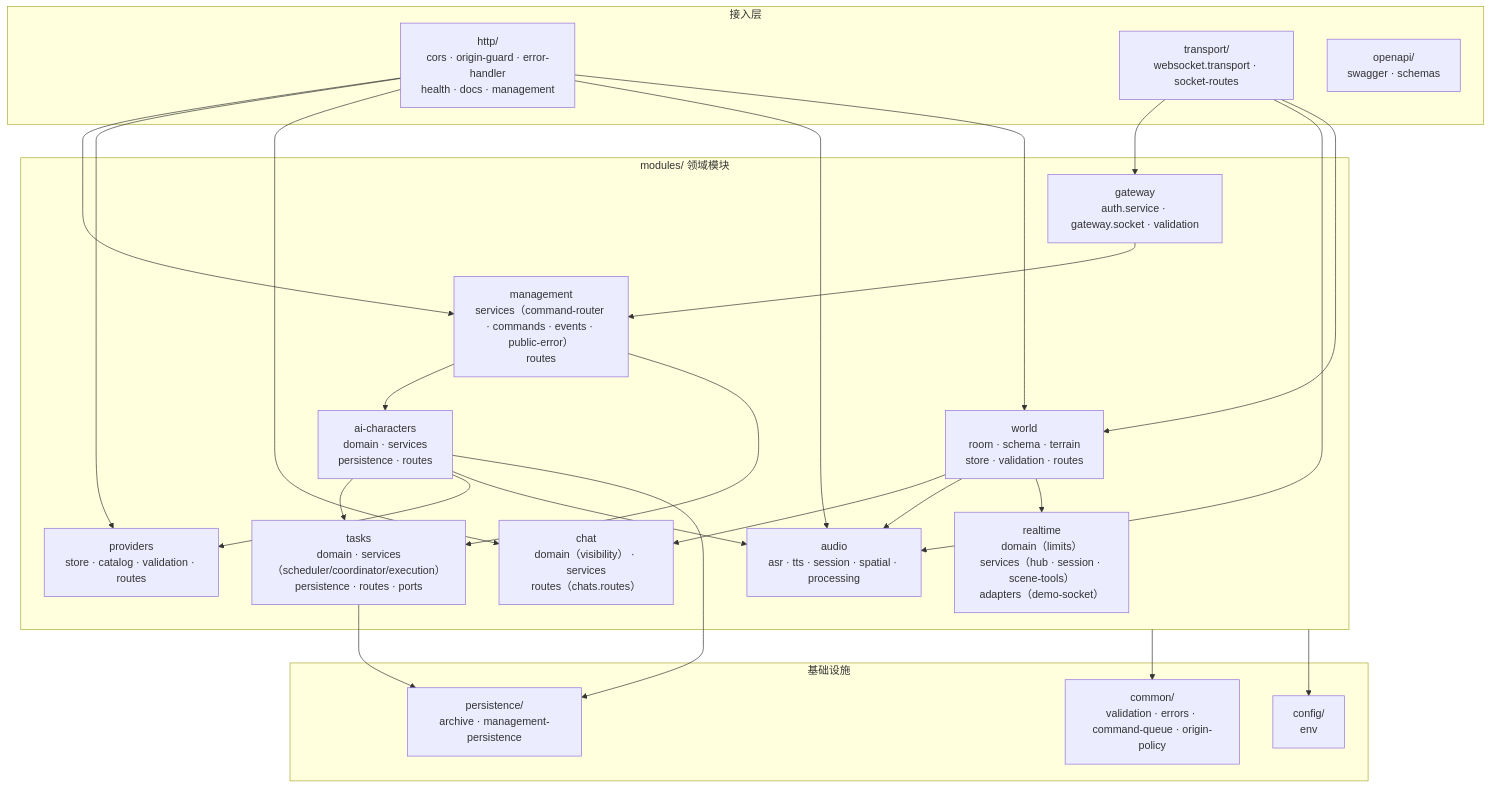
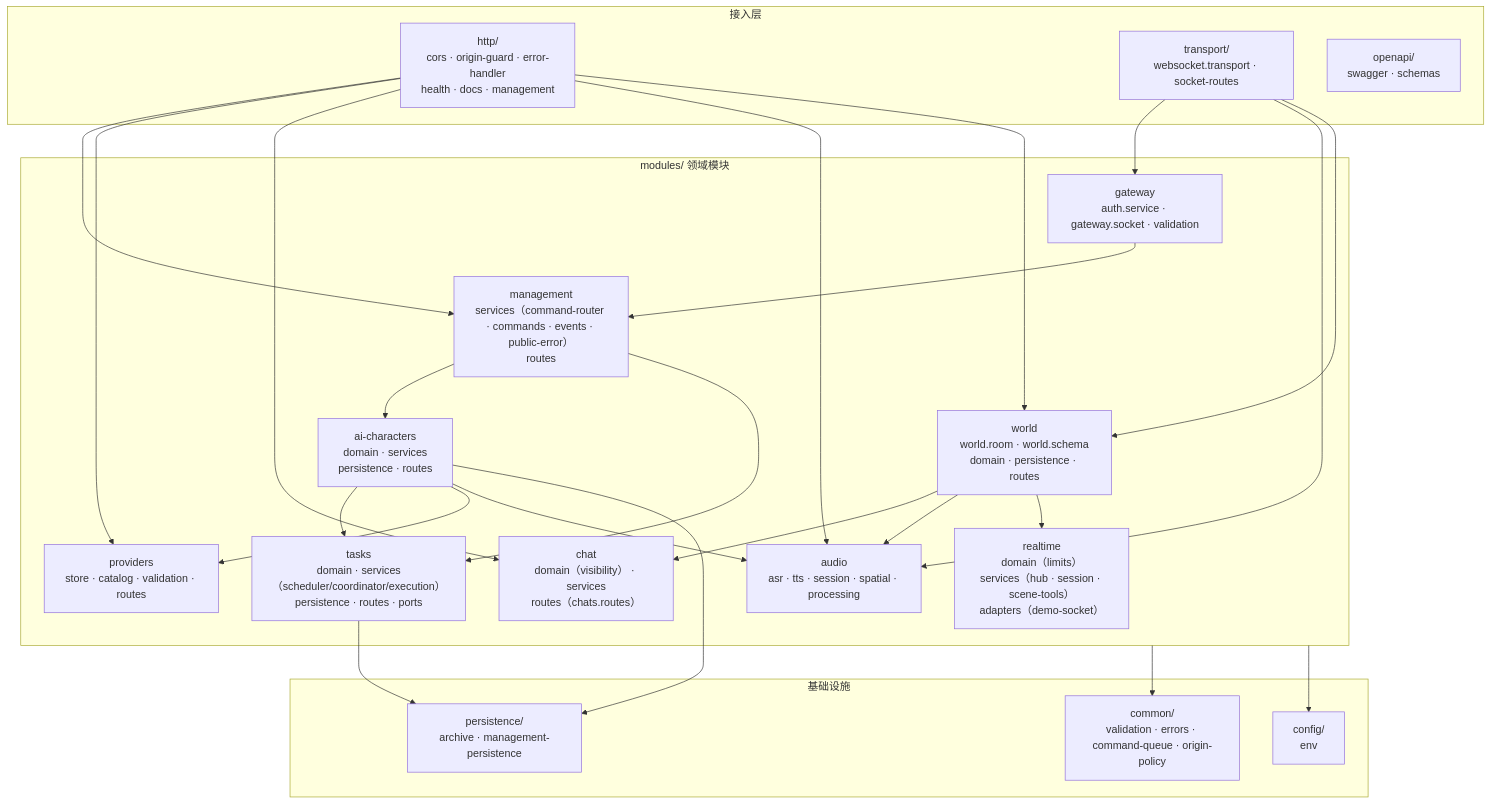
One commit to lulabs-org/embocraft changed the fifth of 14 diagrams in docs/guide/architecture-diagrams.md. Above: the diagram before and after it, drawn with Mermaid. The commit also changed other lines of this file and 15 other files, not shown here.

````diff
--- a/docs/guide/architecture-diagrams.md
+++ b/docs/guide/architecture-diagrams.md
@@ -122,49 +122,49 @@
 ```mermaid
 graph TB
     subgraph Entry["接入层"]
         HTTP["http/<br/>cors · origin-guard · error-handler<br/>health · docs · management"]
         TR["transport/<br/>websocket.transport · socket-routes"]
         OA["openapi/<br/>swagger · schemas"]
     end
 
     subgraph Modules["modules/ 领域模块"]
-        World["world<br/>room · schema · terrain<br/>store · validation · routes"]
+        World["world<br/>world.room · world.schema<br/>domain · persistence · routes"]
         AIC["ai-characters<br/>domain · services<br/>persistence · routes"]
         Tasks["tasks<br/>domain · services（scheduler/coordinator/execution）<br/>persistence · routes · ports"]
         Mgmt["management<br/>services（command-router · commands · events · public-error）<br/>routes"]
         GW["gateway<br/>auth.service · gateway.socket · validation"]
         Prov["providers<br/>store · catalog · validation · routes"]
         Chat["chat<br/>domain（visibility） · services<br/>routes（chats.routes）"]
         Audio["audio<br/>asr · tts · session · spatial · processing"]
         RT["realtime<br/>domain（limits）<br/>services（hub · session · scene-tools）<br/>adapters（demo-socket）"]
     end
 
     subgraph Infra["基础设施"]
         Common["common/<br/>validation · errors · command-queue · origin-policy"]
         Config["config/<br/>env"]
         Persist["persistence/<br/>archive · management-persistence"]
     end
 
     HTTP --> Mgmt
     HTTP --> Prov
     HTTP --> Chat
     HTTP --> Audio
     HTTP --> World
     TR --> GW
     TR --> Audio
     TR --> World
 
     GW --> Mgmt
     Mgmt --> AIC
     Mgmt --> Tasks
     AIC --> Tasks
     AIC --> Prov
     AIC --> Audio
     World --> Chat
     World --> Audio
     World --> RT
     AIC --> Persist
     Tasks --> Persist
     Modules --> Common
     Modules --> Config
 ```
````
